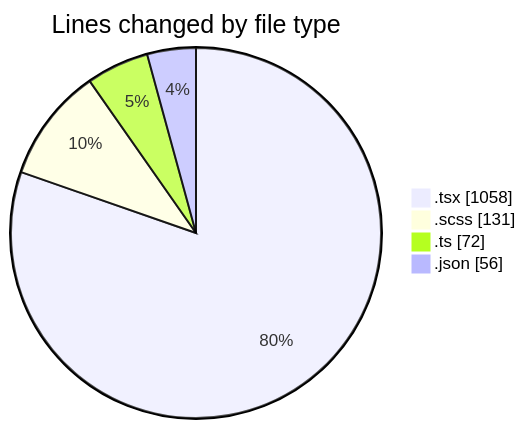
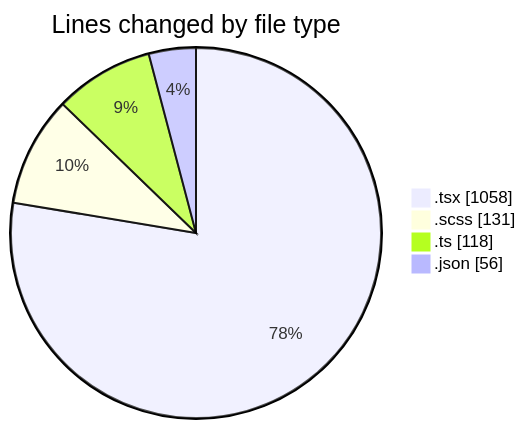
Before and after one commit to momahboobian/code-tracking: the first of 2 diagrams in 2026-10-30/cda/README.md, drawn with Mermaid. The commit also changed other lines of this file and 1 other file, not shown here.

````diff
--- a/2026-10-30/cda/README.md
+++ b/2026-10-30/cda/README.md
@@ -33,8 +34,8 @@
 ```mermaid
 pie showData
 title Lines changed by file type
 ".tsx" : 1058
 ".scss" : 131
-".ts" : 72
+".ts" : 118
 ".json" : 56
 ```
````
